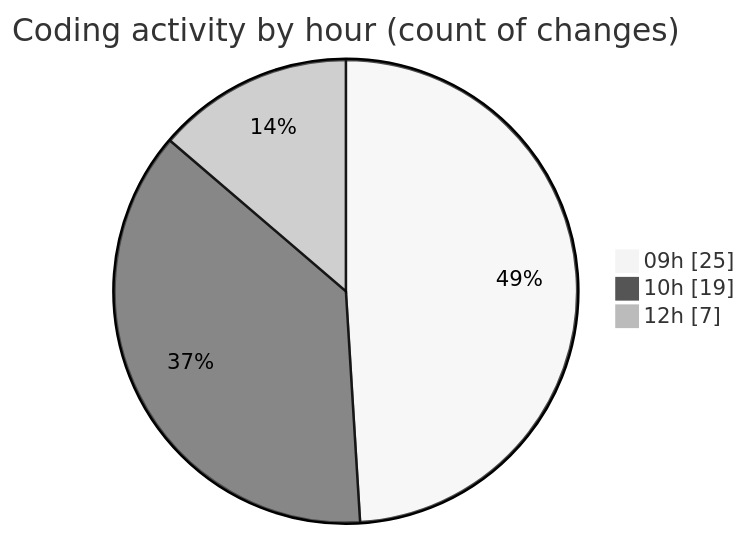
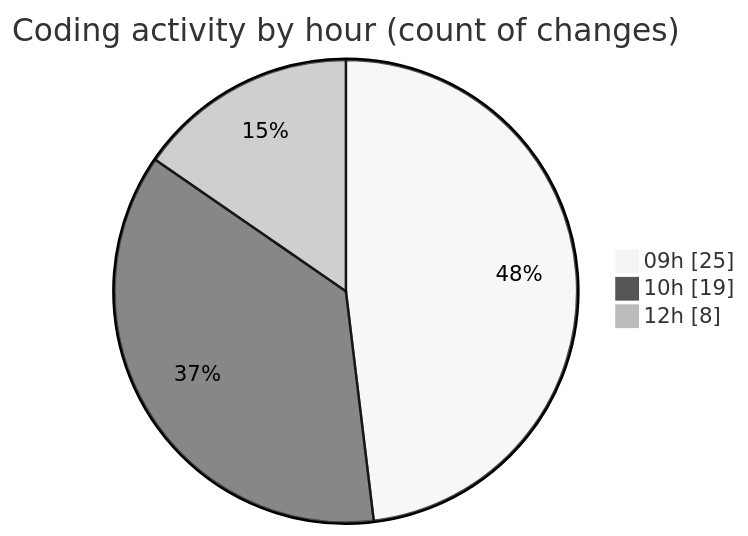
One commit to momahboobian/code-tracking changed the second of 2 diagrams in 2025-08-19/cda/README.md. Above: the diagram before and after it, drawn with Mermaid (neutral theme). The commit also changed other lines of this file and 1 other file, not shown here.

````diff
--- a/2025-08-19/cda/README.md
+++ b/2025-08-19/cda/README.md
@@ -39,7 +41,7 @@
 ```mermaid
 pie showData
 title Coding activity by hour (count of changes)
 "09h" : 25
 "10h" : 19
-"12h" : 7
+"12h" : 8
 ```
````
